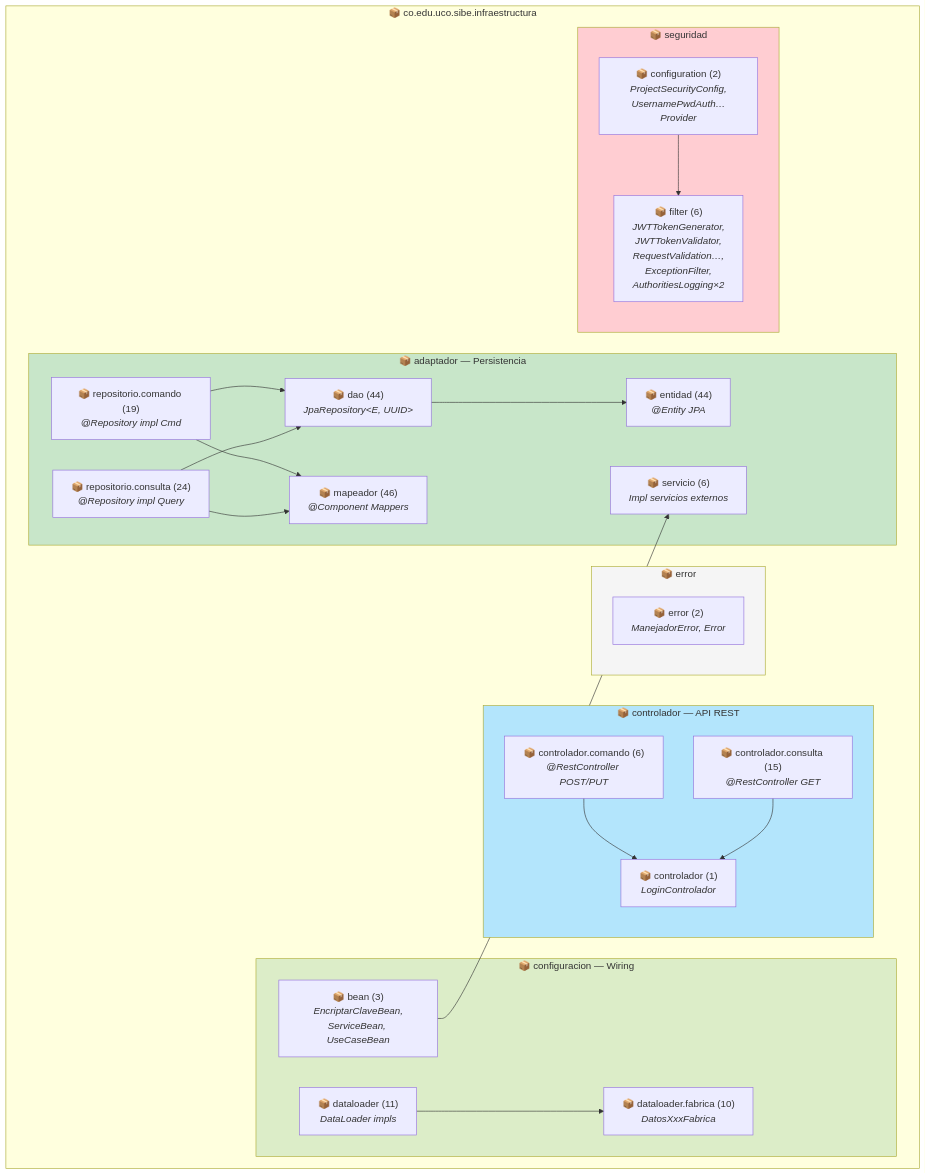
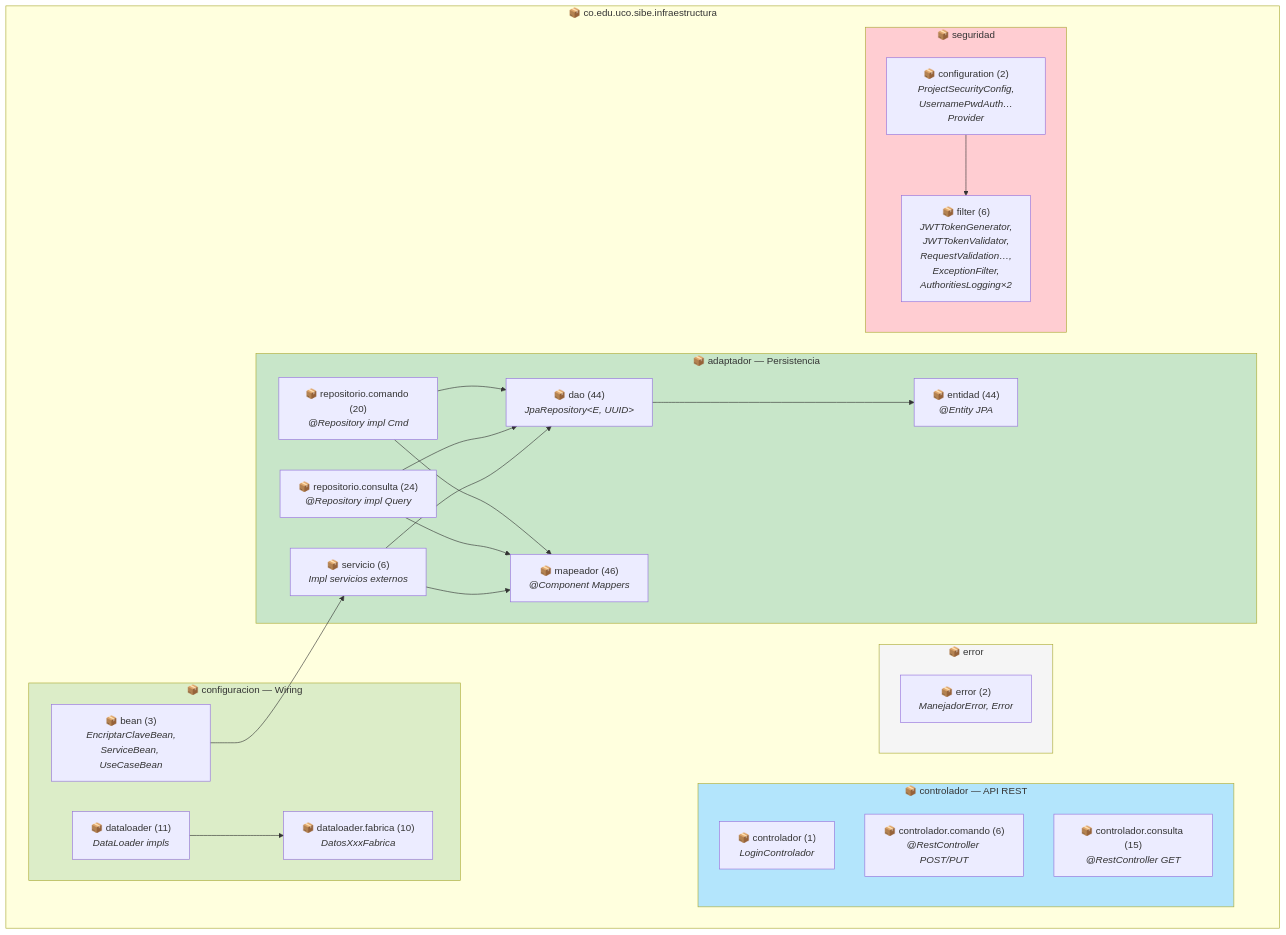
Before and after one commit to sibeuco/DocumentacionSibe: the fifth of 15 diagrams in docs/artifacts/27.diagrama_de_paquetes.md, drawn with Mermaid. The commit also changed other lines of this file and 5 other files, not shown here.

````diff
--- a/docs/artifacts/27.diagrama_de_paquetes.md
+++ b/docs/artifacts/27.diagrama_de_paquetes.md
@@ -420,51 +452,51 @@
 ```mermaid
 graph TB
     subgraph infraestructura["📦 co.edu.uco.sibe.infraestructura"]
         subgraph adaptador["📦 adaptador — Persistencia"]
             dao["📦 dao (44)<br/><i>JpaRepository&lt;E, UUID&gt;</i>"]
             entidad["📦 entidad (44)<br/><i>@Entity JPA</i>"]
             mapeador["📦 mapeador (46)<br/><i>@Component Mappers</i>"]
-            repCmd["📦 repositorio.comando (19)<br/><i>@Repository impl Cmd</i>"]
+            repCmd["📦 repositorio.comando (20)<br/><i>@Repository impl Cmd</i>"]
             repCon["📦 repositorio.consulta (24)<br/><i>@Repository impl Query</i>"]
             servicio["📦 servicio (6)<br/><i>Impl servicios externos</i>"]
         end
 
         subgraph configuracion["📦 configuracion — Wiring"]
             bean["📦 bean (3)<br/><i>EncriptarClaveBean,<br/>ServiceBean, UseCaseBean</i>"]
             dataloader["📦 dataloader (11)<br/><i>DataLoader impls</i>"]
             dlFabrica["📦 dataloader.fabrica (10)<br/><i>DatosXxxFabrica</i>"]
         end
 
         subgraph controlador["📦 controlador — API REST"]
             login["📦 controlador (1)<br/><i>LoginControlador</i>"]
             ctrlCmd["📦 controlador.comando (6)<br/><i>@RestController POST/PUT</i>"]
             ctrlCon["📦 controlador.consulta (15)<br/><i>@RestController GET</i>"]
         end
 
         subgraph errorPkg["📦 error"]
             errH["📦 error (2)<br/><i>ManejadorError, Error</i>"]
         end
 
         subgraph seguridad["📦 seguridad"]
             secConf["📦 configuration (2)<br/><i>ProjectSecurityConfig,<br/>UsernamePwdAuth…Provider</i>"]
             secFilt["📦 filter (6)<br/><i>JWTTokenGenerator,<br/>JWTTokenValidator,<br/>RequestValidation…,<br/>ExceptionFilter,<br/>AuthoritiesLogging×2</i>"]
         end
     end
 
     repCmd --> dao
     repCon --> dao
     repCmd --> mapeador
     repCon --> mapeador
     dao --> entidad
     dataloader --> dlFabrica
-    ctrlCmd --> login
-    ctrlCon --> login
+    servicio --> dao
+    servicio --> mapeador
     bean --> servicio
     secConf --> secFilt
 
     style adaptador fill:#c8e6c9
     style configuracion fill:#dcedc8
     style controlador fill:#b3e5fc
     style seguridad fill:#ffcdd2
     style errorPkg fill:#f5f5f5
 ```
````
